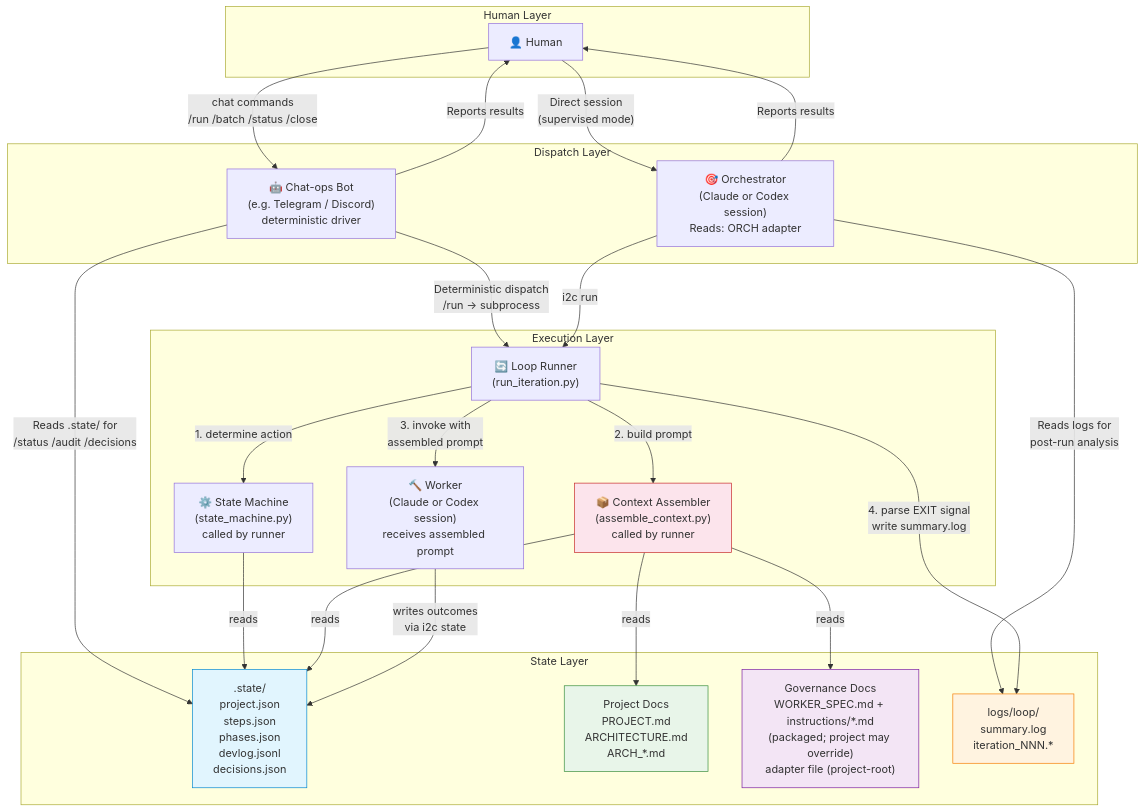
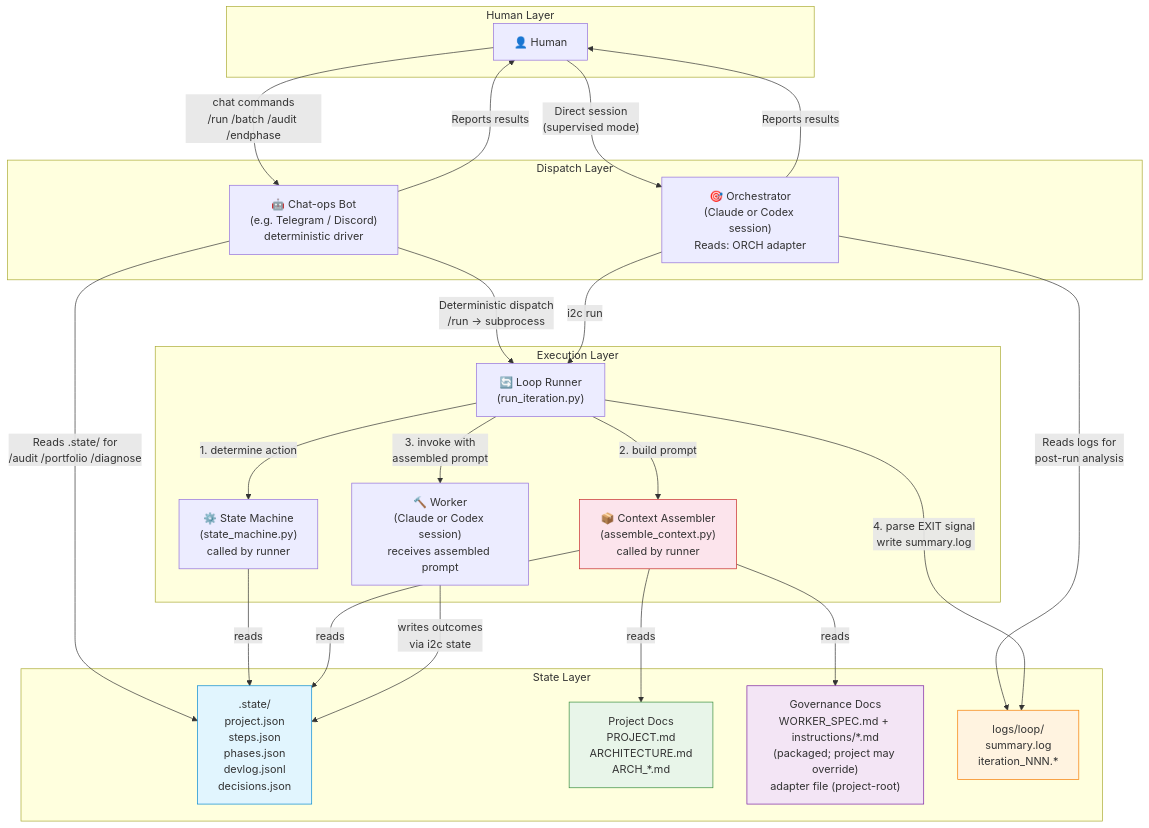
One commit to LesTP/i2c changed the first of 5 diagrams in WORKFLOW.md. Above: the diagram before and after it, drawn with Mermaid. The commit also changed other lines of this file and 4 other files, not shown here.

````diff
--- a/WORKFLOW.md
+++ b/WORKFLOW.md
@@ -5,49 +5,49 @@
 ```mermaid
 graph TB
     subgraph "Human Layer"
         H["👤 Human"]
     end
 
     subgraph "Dispatch Layer"
         CB["🤖 Chat-ops Bot<br/>(e.g. Telegram / Discord)<br/>deterministic driver"]
         CO["🎯 Orchestrator<br/>(Claude or Codex session)<br/>Reads: ORCH adapter"]
     end
 
     subgraph "Execution Layer"
         LR["🔄 Loop Runner<br/>(run_iteration.py)"]
         SM["⚙️ State Machine<br/>(state_machine.py)<br/>called by runner"]
         ASM["📦 Context Assembler<br/>(assemble_context.py)<br/>called by runner"]
         W["🔨 Worker<br/>(Claude or Codex session)<br/>receives assembled prompt"]
     end
 
     subgraph "State Layer"
         ST[".state/<br/>project.json<br/>steps.json<br/>phases.json<br/>devlog.jsonl<br/>decisions.json"]
         PD["Project Docs<br/>PROJECT.md<br/>ARCHITECTURE.md<br/>ARCH_*.md"]
         GOV["Governance Docs<br/>WORKER_SPEC.md + instructions/*.md<br/>(packaged; project may override)<br/>adapter file (project-root)"]
         LOG["logs/loop/<br/>summary.log<br/>iteration_NNN.*"]
     end
 
-    H -- "chat commands<br/>/run /batch /status /close" --> CB
+    H -- "chat commands<br/>/run /batch /audit /endphase" --> CB
     H -- "Direct session<br/>(supervised mode)" --> CO
     CB -- "Deterministic dispatch<br/>/run → subprocess" --> LR
-    CB -- "Reads .state/ for<br/>/status /audit /decisions" --> ST
+    CB -- "Reads .state/ for<br/>/audit /portfolio /diagnose" --> ST
     CO -- "i2c run" --> LR
     CO -- "Reads logs for<br/>post-run analysis" --> LOG
     LR -- "1. determine action" --> SM
     SM -- "reads" --> ST
     LR -- "2. build prompt" --> ASM
     ASM -- "reads" --> ST
     ASM -- "reads" --> PD
     ASM -- "reads" --> GOV
     LR -- "3. invoke with<br/>assembled prompt" --> W
     W -- "writes outcomes<br/>via i2c state" --> ST
     LR -- "4. parse EXIT signal<br/>write summary.log" --> LOG
     CO -- "Reports results" --> H
     CB -- "Reports results" --> H
 
     style ST fill:#e1f5fe,stroke:#0288d1
     style GOV fill:#f3e5f5,stroke:#7b1fa2
     style PD fill:#e8f5e9,stroke:#388e3c
     style LOG fill:#fff3e0,stroke:#f57c00
     style ASM fill:#fce4ec,stroke:#c62828
 ```
````
